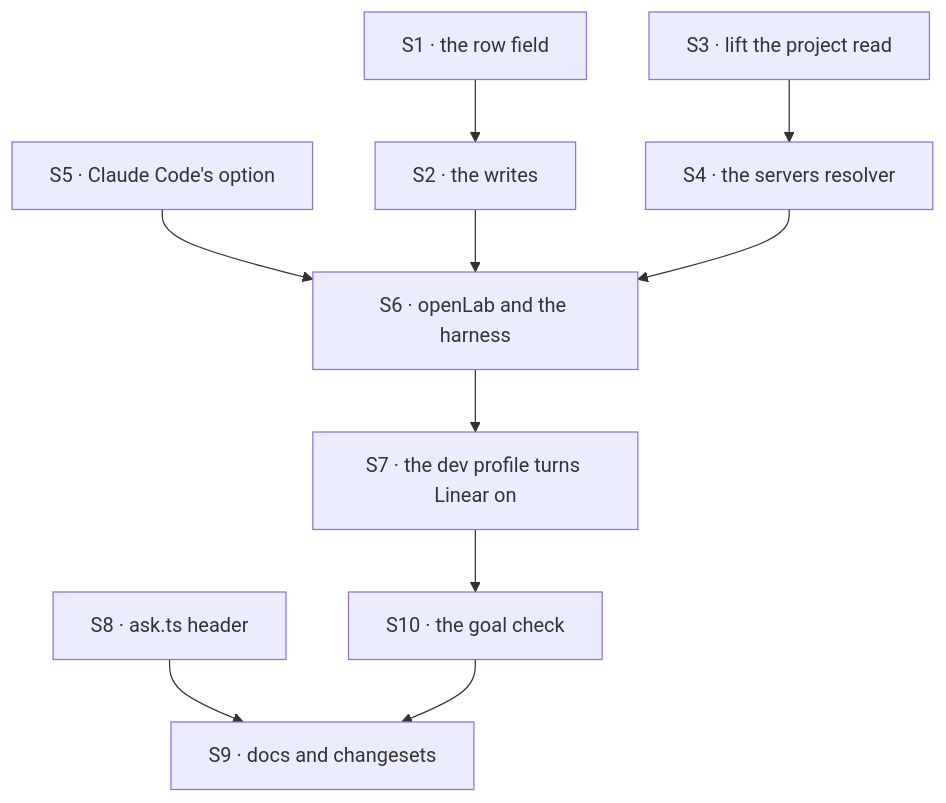
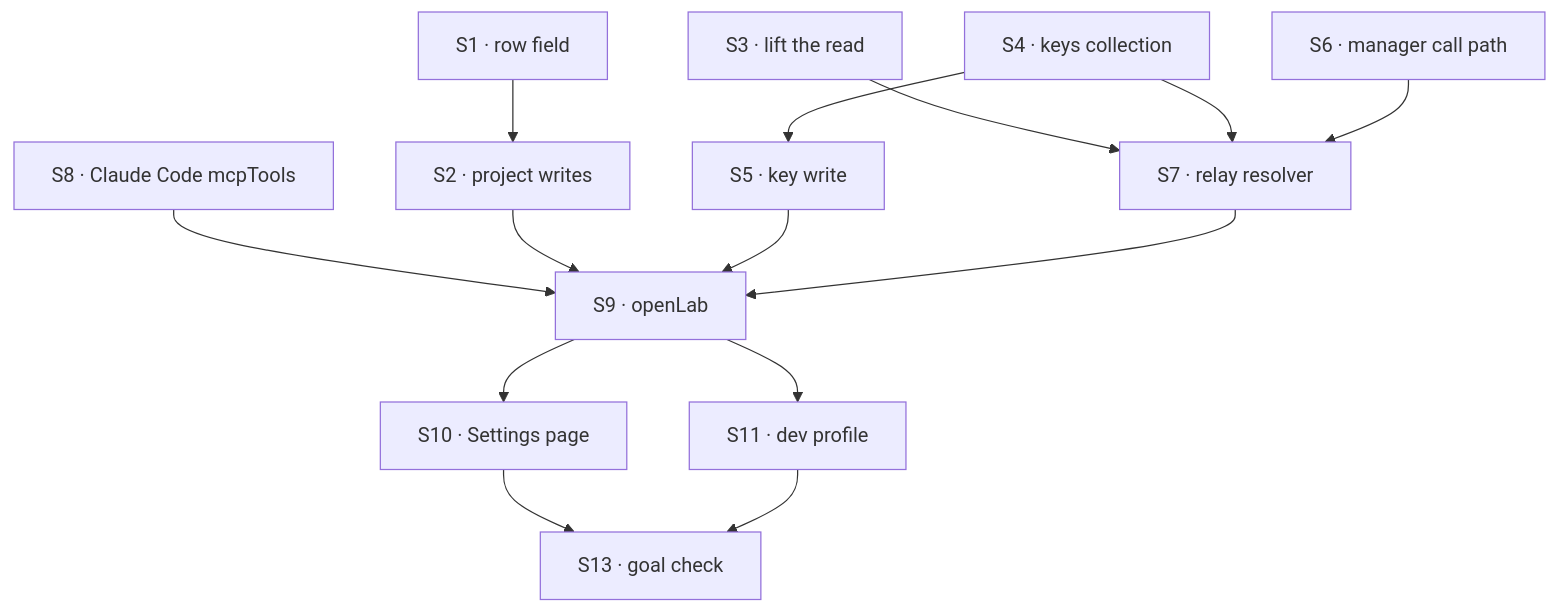
Before and after one commit to fixpoint-labs/flow-state-dev: the diagram in specs/issues/FIX-1905/PLAN.md, drawn with Mermaid. The commit also changed other lines of this file and 10 other files, not shown here.

First line of the commit message:
spec(FIX-1905): FSD holds the MCP connection; per-user keys on a Settings page

````diff
--- a/specs/issues/FIX-1905/PLAN.md
+++ b/specs/issues/FIX-1905/PLAN.md
@@ -29,12 +33,16 @@
 ```mermaid
 flowchart TD
-  S1["S1 · the row field"] --> S2["S2 · the writes"]
-  S3["S3 · lift the project read"] --> S4["S4 · the servers resolver"]
-  S5["S5 · Claude Code's option"] --> S6["S6 · openLab and the harness"]
-  S2 --> S6
-  S4 --> S6
-  S6 --> S7["S7 · the dev profile turns Linear on"]
-  S7 --> S10["S10 · the goal check"]
-  S8["S8 · ask.ts header"] --> S9["S9 · docs and changesets"]
-  S10 --> S9
+  S1["S1 · row field"] --> S2["S2 · project writes"]
+  S3["S3 · lift the read"] --> S7["S7 · relay resolver"]
+  S4["S4 · keys collection"] --> S5["S5 · key write"]
+  S4 --> S7
+  S6["S6 · manager call path"] --> S7
+  S8["S8 · Claude Code mcpTools"] --> S9["S9 · openLab"]
+  S2 --> S9
+  S5 --> S9
+  S7 --> S9
+  S9 --> S10["S10 · Settings page"]
+  S9 --> S11["S11 · dev profile"]
+  S10 --> S13["S13 · goal check"]
+  S11 --> S13
 ```
````
